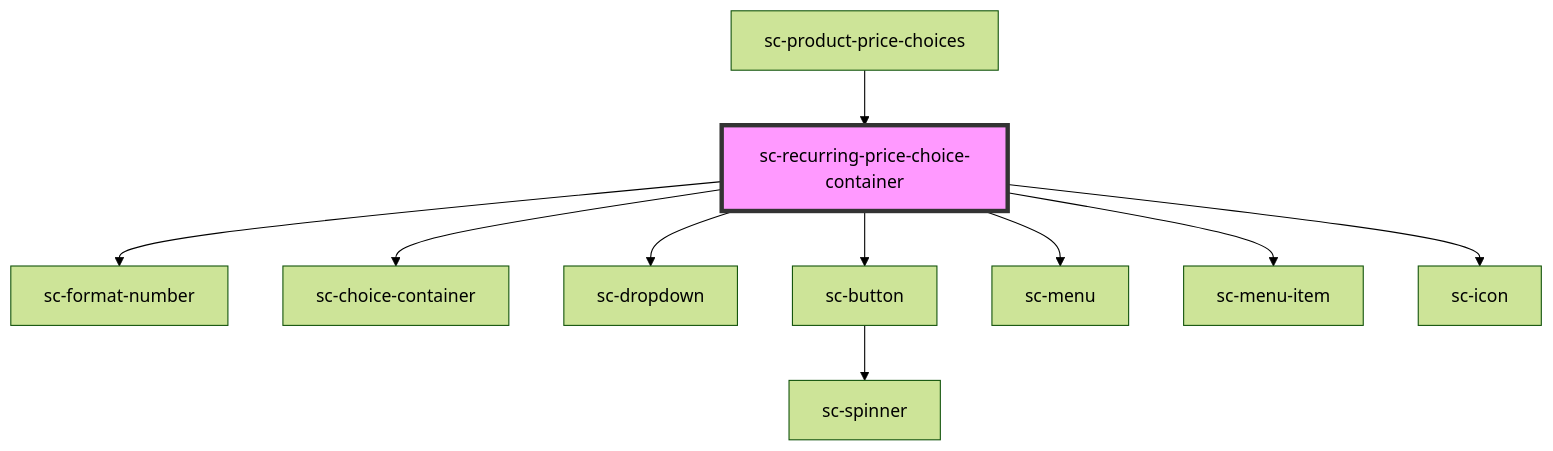
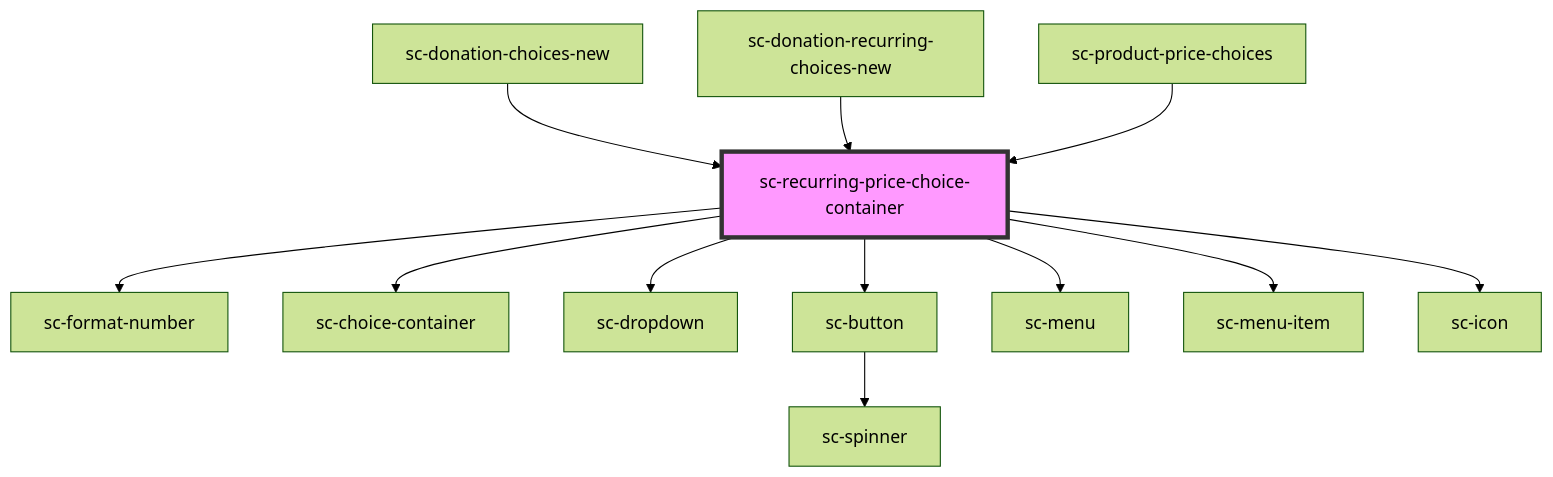
Before and after one commit to surecart/surecart-wp-plugin: the diagram in packages/components/src/components/ui/sc-recurring-price-choice-container/readme.md, drawn with Mermaid (forest theme). The commit also changed other lines of this file and 18 other files, not shown here.

Commit message:
Added new component for recurring choices

````diff
--- a/packages/components/src/components/ui/sc-recurring-price-choice-container/readme.md
+++ b/packages/components/src/components/ui/sc-recurring-price-choice-container/readme.md
@@ -52,13 +54,15 @@
 ```mermaid
 graph TD;
   sc-recurring-price-choice-container --> sc-format-number
   sc-recurring-price-choice-container --> sc-choice-container
   sc-recurring-price-choice-container --> sc-dropdown
   sc-recurring-price-choice-container --> sc-button
   sc-recurring-price-choice-container --> sc-menu
   sc-recurring-price-choice-container --> sc-menu-item
   sc-recurring-price-choice-container --> sc-icon
   sc-button --> sc-spinner
+  sc-donation-choices-new --> sc-recurring-price-choice-container
+  sc-donation-recurring-choices-new --> sc-recurring-price-choice-container
   sc-product-price-choices --> sc-recurring-price-choice-container
   style sc-recurring-price-choice-container fill:#f9f,stroke:#333,stroke-width:4px
 ```
````
